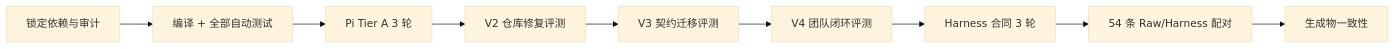
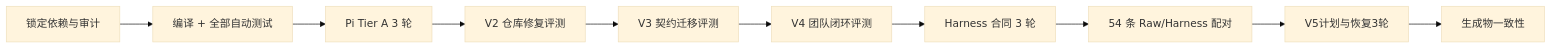
Before and after one commit to LarryBUPT/A-Pidoc: the diagram in docs/verification.md, drawn with Mermaid (base theme). The commit also changed other lines of this file and 26 other files, not shown here.

````diff
--- a/docs/verification.md
+++ b/docs/verification.md
@@ -9,11 +9,12 @@
 ```mermaid
 flowchart LR
     A[锁定依赖与审计] --> B[编译 + 全部自动测试]
     B --> C[Pi Tier A 3 轮]
     C --> D[V2 仓库修复评测]
     D --> E[V3 契约迁移评测]
     E --> F[V4 团队闭环评测]
     F --> H[Harness 合同 3 轮]
     H --> I[54 条 Raw/Harness 配对]
-    I --> G[生成物一致性]
+    I --> J[V5计划与恢复3轮]
+    J --> G[生成物一致性]
 ```
````
